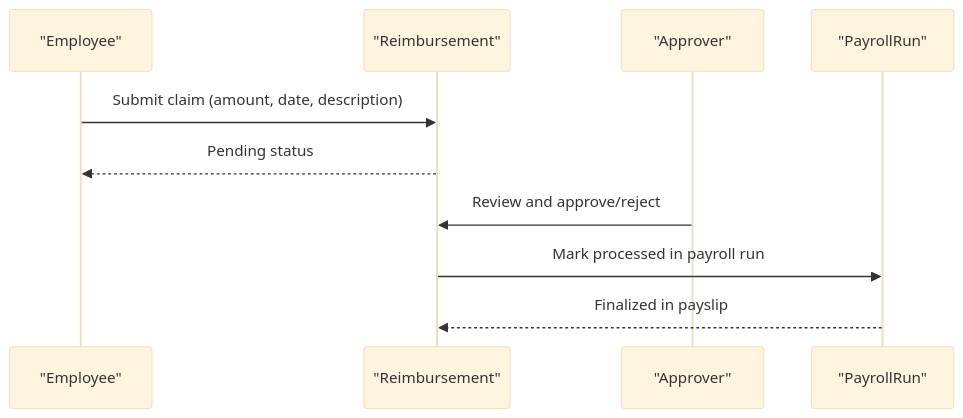
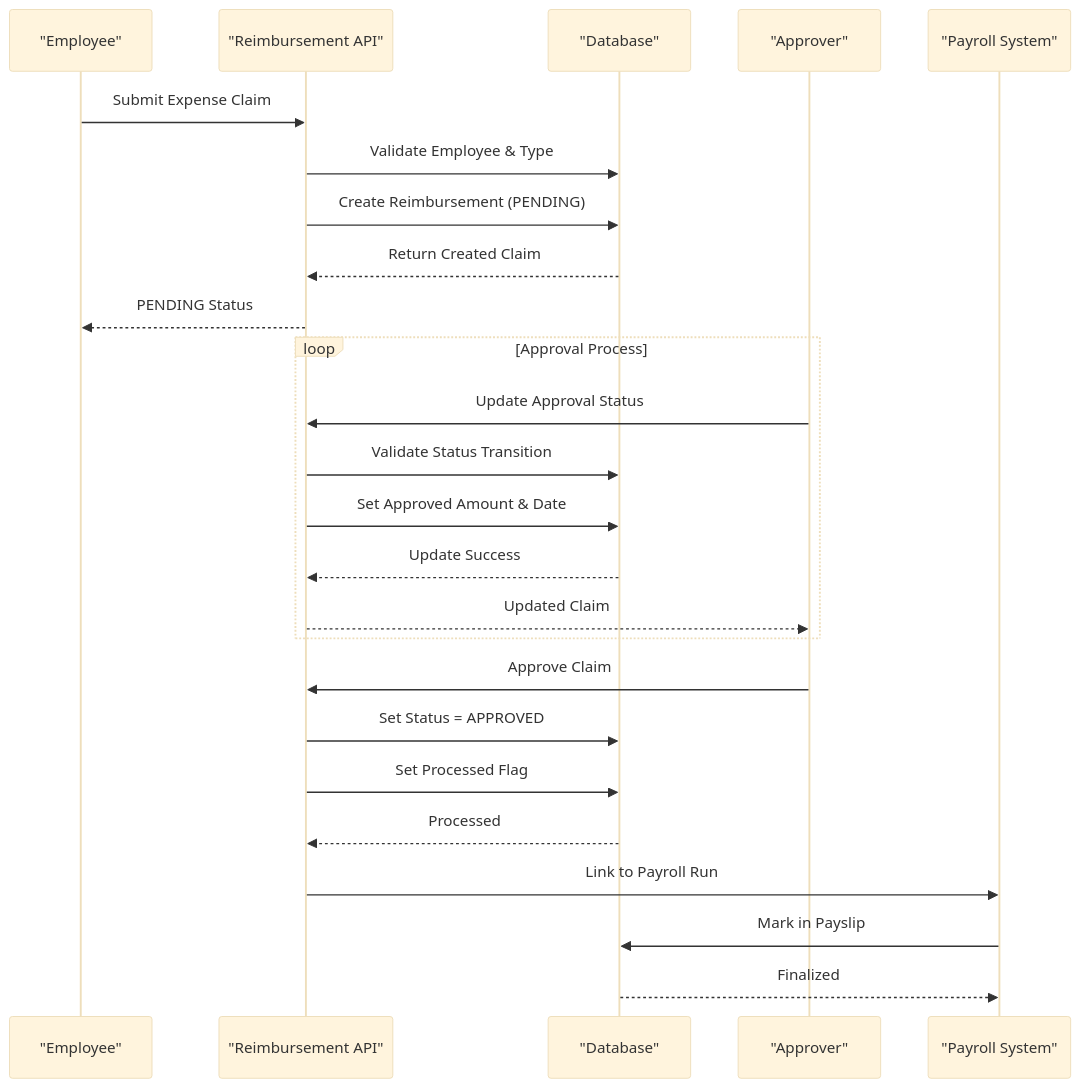
The fifth of 9 diagrams in .qoder/repowiki/en/content/Field Visit Management.md (bikinaplikasipakeqoder-dot/payroll-hris), drawn with Mermaid (base theme) before and after one commit. The commit also changed other lines of this file and 22 other files, not shown here.

````diff
--- a/.qoder/repowiki/en/content/Field Visit Management.md
+++ b/.qoder/repowiki/en/content/Field Visit Management.md
@@ -230,12 +296,27 @@
 ```mermaid
 sequenceDiagram
 participant Emp as "Employee"
-participant RM as "Reimbursement"
+participant API as "Reimbursement API"
+participant DB as "Database"
 participant Appr as "Approver"
-participant Pay as "PayrollRun"
-Emp->>RM : Submit claim (amount, date, description)
-RM-->>Emp : Pending status
-Appr->>RM : Review and approve/reject
-RM->>Pay : Mark processed in payroll run
-Pay-->>RM : Finalized in payslip
+participant Pay as "Payroll System"
+Emp->>API : Submit Expense Claim
+API->>DB : Validate Employee & Type
+API->>DB : Create Reimbursement (PENDING)
+DB-->>API : Return Created Claim
+API-->>Emp : PENDING Status
+loop Approval Process
+Appr->>API : Update Approval Status
+API->>DB : Validate Status Transition
+API->>DB : Set Approved Amount & Date
+DB-->>API : Update Success
+API-->>Appr : Updated Claim
+end
+Appr->>API : Approve Claim
+API->>DB : Set Status = APPROVED
+API->>DB : Set Processed Flag
+DB-->>API : Processed
+API->>Pay : Link to Payroll Run
+Pay->>DB : Mark in Payslip
+DB-->>Pay : Finalized
 ```
````
